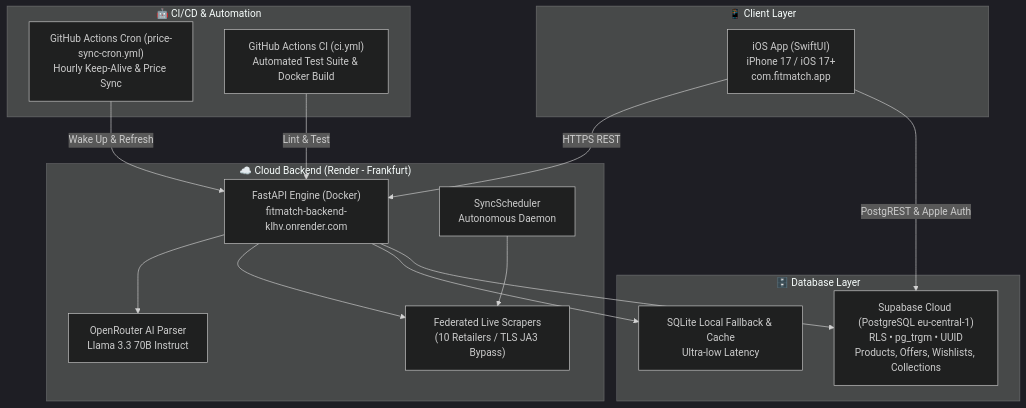
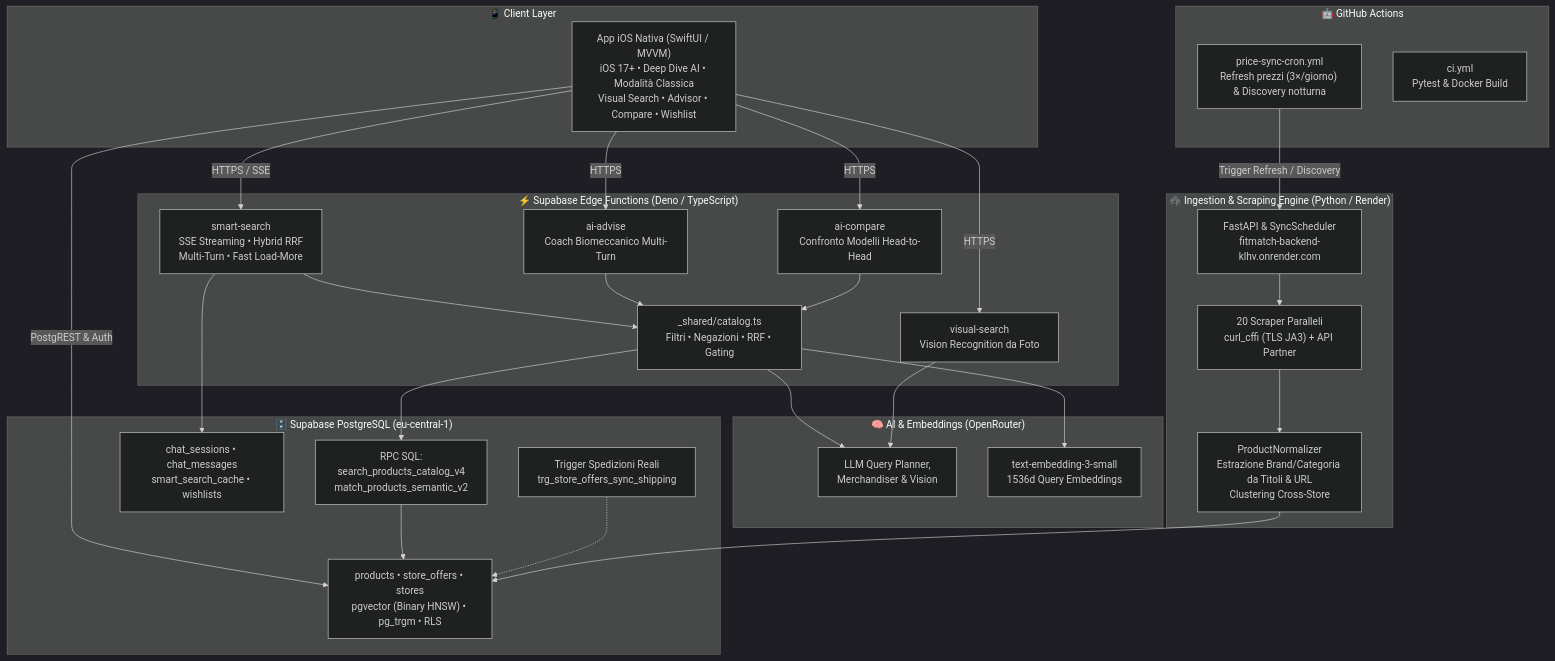
One commit to lucaberardi0/fitmatch changed the diagram in README.md. Above: the diagram before and after it, drawn with Mermaid (dark theme). The commit also changed other lines of this file and 15 other files, not shown here.

Commit message:
feat(search,supabase,ios): hybrid FTS+pgvector RRF search, in-query filters & negations, Classic pagination & card alignment, crawler URL enrichment, and updated README

````diff
--- a/README.md
+++ b/README.md
@@ -9,33 +28,58 @@
 ```mermaid
 flowchart TD
     subgraph Client ["📱 Client Layer"]
-        iOS["iOS App (SwiftUI)\niPhone 17 / iOS 17+\ncom.fitmatch.app"]
+        iOS["App iOS Nativa (SwiftUI / MVVM)\niOS 17+ • Deep Dive AI • Modalità Classica\nVisual Search • Advisor • Compare • Wishlist"]
     end
 
-    subgraph CloudBackend ["☁️ Cloud Backend (Render - Frankfurt)"]
-        FastAPI["FastAPI Engine (Docker)\nfitmatch-backend-klhv.onrender.com"]
-        AI["OpenRouter AI Parser\nLlama 3.3 70B Instruct"]
-        Scheduler["SyncScheduler\nAutonomous Daemon"]
-        Scrapers["Federated Live Scrapers\n(10 Retailers / TLS JA3 Bypass)"]
+    subgraph Edge ["⚡ Supabase Edge Functions (Deno / TypeScript)"]
+        SmartSearch["smart-search\nSSE Streaming • Hybrid RRF\nMulti-Turn • Fast Load-More"]
+        VisualSearch["visual-search\nVision Recognition da Foto"]
+        Advise["ai-advise\nCoach Biomeccanico Multi-Turn"]
+        Compare["ai-compare\nConfronto Modelli Head-to-Head"]
+        Shared["_shared/catalog.ts\nFiltri • Negazioni • RRF • Gating"]
     end
 
-    subgraph Database ["🗄️ Database Layer"]
-        Supabase["Supabase Cloud (PostgreSQL eu-central-1)\nRLS • pg_trgm • UUID\nProducts, Offers, Wishlists, Collections"]
-        SQLiteLocal["SQLite Local Fallback & Cache\nUltra-low Latency"]
+    subgraph AI ["🧠 AI & Embeddings (OpenRouter)"]
+        LLM["LLM Query Planner,\nMerchandiser & Vision"]
+        Emb["text-embedding-3-small\n1536d Query Embeddings"]
     end
 
-    subgraph Automation ["🤖 CI/CD & Automation"]
-        GH_Cron["GitHub Actions Cron (price-sync-cron.yml)\nHourly Keep-Alive & Price Sync"]
-        GH_CI["GitHub Actions CI (ci.yml)\nAutomated Test Suite & Docker Build"]
+    subgraph DB ["🗄️ Supabase PostgreSQL (eu-central-1)"]
+        PG["products • store_offers • stores\npgvector (Binary HNSW) • pg_trgm • RLS"]
+        RPC["RPC SQL:\nsearch_products_catalog_v4\nmatch_products_semantic_v2"]
+        State["chat_sessions • chat_messages\nsmart_search_cache • wishlists"]
+        Trigger["Trigger Spedizioni Reali\ntrg_store_offers_sync_shipping"]
     end
 
-    iOS -->|HTTPS REST| FastAPI
-    iOS -->|PostgREST & Apple Auth| Supabase
-    FastAPI --> AI
-    FastAPI --> Scrapers
-    FastAPI --> SQLiteLocal
-    FastAPI --> Supabase
-    Scheduler --> Scrapers
-    GH_Cron -->|Wake Up & Refresh| FastAPI
-    GH_CI -->|Lint & Test| FastAPI
+    subgraph Ingestion ["🕷️ Ingestion & Scraping Engine (Python / Render)"]
+        FastAPI["FastAPI & SyncScheduler\nfitmatch-backend-klhv.onrender.com"]
+        Scrapers["20 Scraper Paralleli\ncurl_cffi (TLS JA3) + API Partner"]
+        Normalizer["ProductNormalizer\nEstrazione Brand/Categoria da Titoli & URL\nClustering Cross-Store"]
+    end
+
+    subgraph Automation ["🤖 GitHub Actions"]
+        Cron["price-sync-cron.yml\nRefresh prezzi (3×/giorno) & Discovery notturna"]
+        CI["ci.yml\nPytest & Docker Build"]
+    end
+
+    iOS -->|HTTPS / SSE| SmartSearch
+    iOS -->|HTTPS| VisualSearch
+    iOS -->|HTTPS| Advise
+    iOS -->|HTTPS| Compare
+    iOS -->|PostgREST & Auth| PG
+
+    SmartSearch --> Shared
+    Advise --> Shared
+    Compare --> Shared
+    Shared --> LLM
+    Shared --> Emb
+    VisualSearch --> LLM
+
+    Shared --> RPC
+    SmartSearch --> State
+    RPC --> PG
+    Trigger -.-> PG
+
+    FastAPI --> Scrapers --> Normalizer --> PG
+    Cron -->|Trigger Refresh / Discovery| FastAPI
 ```
````
